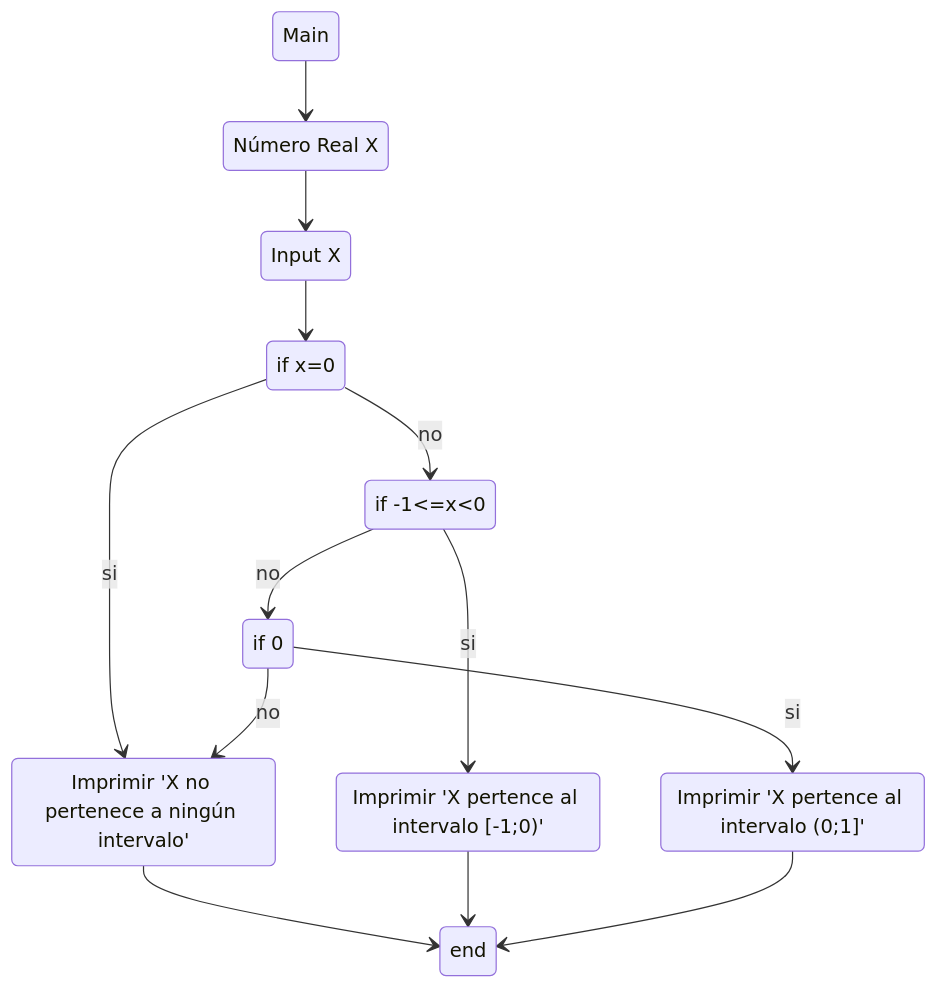
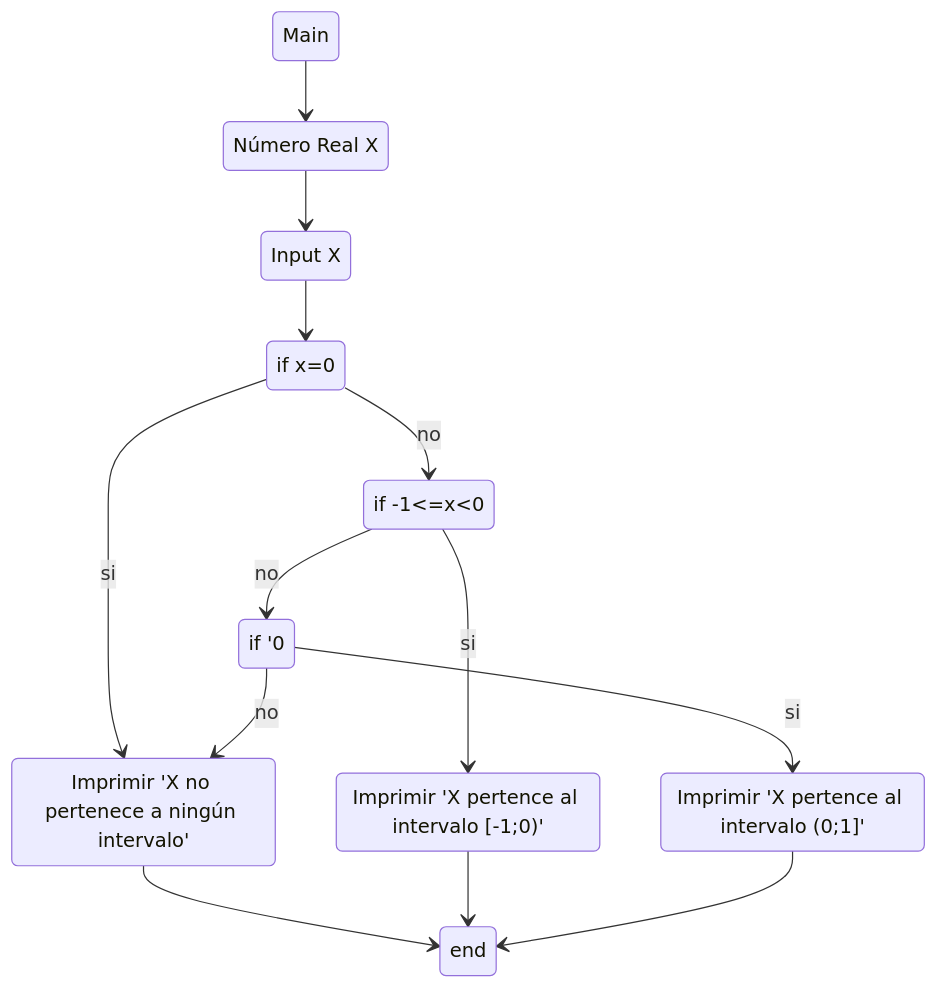
The diagram in Ejercicios/2.md (ValentinJM/TP-8), drawn with Mermaid before and after one commit.

````diff
--- a/Ejercicios/2.md
+++ b/Ejercicios/2.md
@@ -3,23 +3,23 @@
 ```mermaid
 stateDiagram-v2
 state "Número Real X" as A
 state "Input X" as B
 state "if x=0" as C
 state "Imprimir 'X no pertenece a ningún intervalo'" as D
 state "if -1<=x<0" as E
 state "Imprimir 'X pertence al intervalo [-1;0)'" as F
-state "if 0<x<=1" as G
+state "if '0<x<=1'" as G
 state "Imprimir 'X pertence al intervalo (0;1]'" as H
     Main --> A
     A --> B
     B --> C
     C --> D : si
     C --> E : no
     E --> F : si
     E --> G : no
     G --> H : si
     G --> D : no
     D --> end
     F --> end
     H --> end
 ```
````
